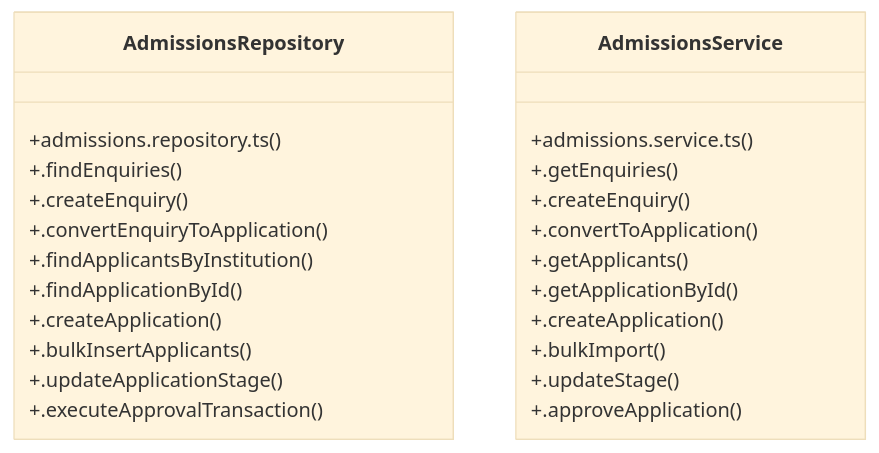
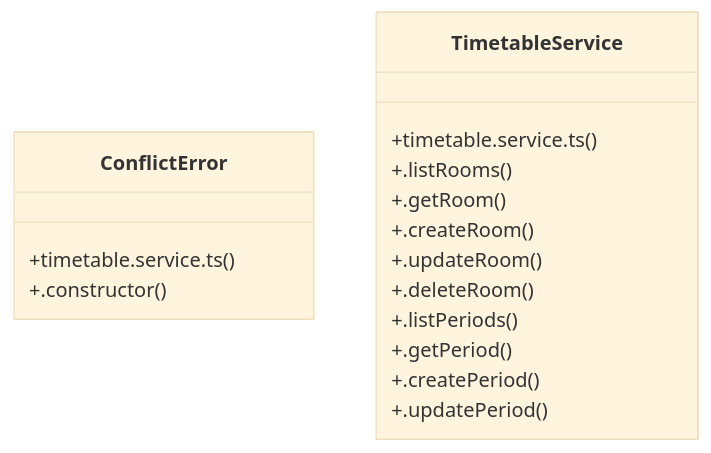
The diagram in graphify-out/wiki/[VID_Platform_Educational_Ecosystem_Specification_&_Academics_&_Curriculum]_Cluster.md (laxminivas06/vidforum), drawn with Mermaid (base theme) before and after one commit. The commit also changed other lines of this file and 218 other files, not shown here.

````diff
--- a/graphify-out/wiki/[VID_Platform_Educational_Ecosystem_Specification_&_Academics_&_Curriculum]_Cluster.md
+++ b/graphify-out/wiki/[VID_Platform_Educational_Ecosystem_Specification_&_Academics_&_Curriculum]_Cluster.md
@@ -36,27 +36,19 @@
 ```mermaid
 classDiagram
-    class AdmissionsRepository {
-        +admissions.repository.ts()
-        +.findEnquiries()
-        +.createEnquiry()
-        +.convertEnquiryToApplication()
-        +.findApplicantsByInstitution()
-        +.findApplicationById()
-        +.createApplication()
-        +.bulkInsertApplicants()
-        +.updateApplicationStage()
-        +.executeApprovalTransaction()
+    class ConflictError {
+        +timetable.service.ts()
+        +.constructor()
     }
-    class AdmissionsService {
-        +admissions.service.ts()
-        +.getEnquiries()
-        +.createEnquiry()
-        +.convertToApplication()
-        +.getApplicants()
-        +.getApplicationById()
-        +.createApplication()
-        +.bulkImport()
-        +.updateStage()
-        +.approveApplication()
+    class TimetableService {
+        +timetable.service.ts()
+        +.listRooms()
+        +.getRoom()
+        +.createRoom()
+        +.updateRoom()
+        +.deleteRoom()
+        +.listPeriods()
+        +.getPeriod()
+        +.createPeriod()
+        +.updatePeriod()
     }
 ```
````
